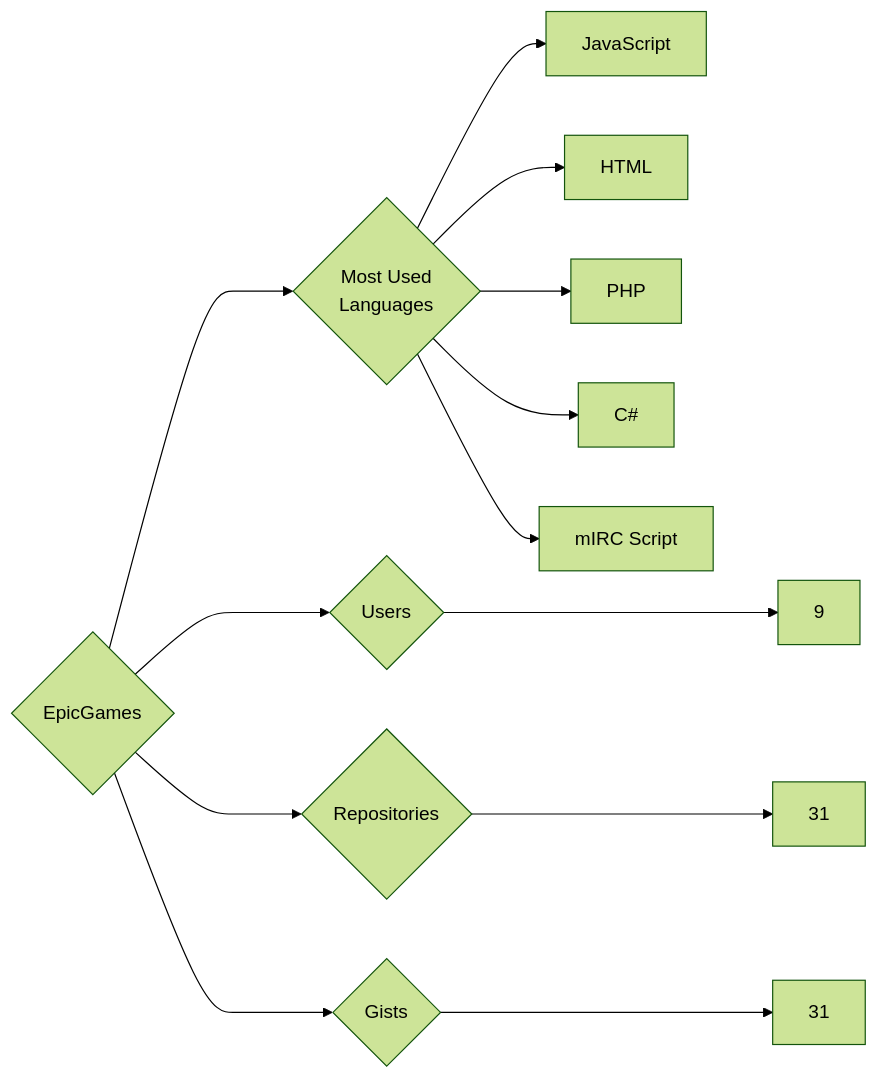
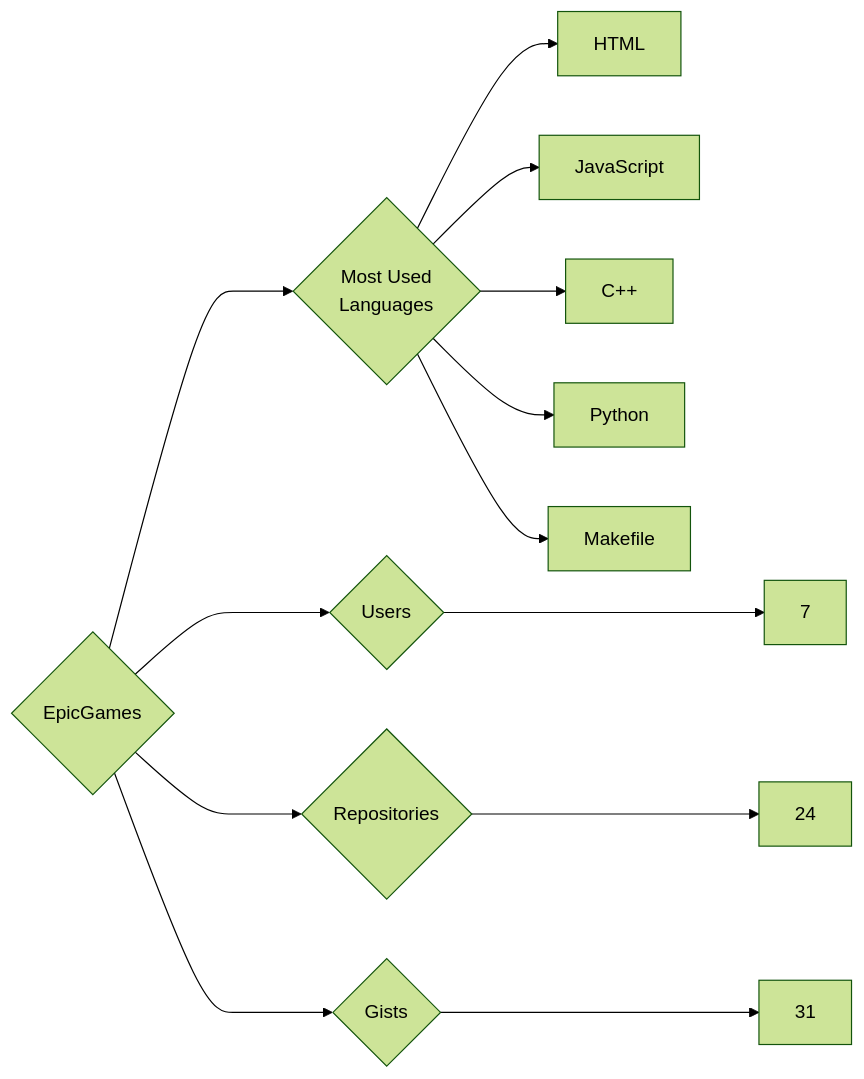
The diagram in targets/EpicGames/README.md (trickest/insiders), drawn with Mermaid (forest theme) before and after one commit. The commit also changed 1123 other files, not shown here.

````diff
--- a/targets/EpicGames/README.md
+++ b/targets/EpicGames/README.md
@@ -3,13 +3,13 @@
 ```mermaid
 graph LR
 COMPANY_NAME{EpicGames}
-COMPANY_NAME ---> U{Users} ---> UN[9]
-COMPANY_NAME ---> R{Repositories} ---> RN[31]
+COMPANY_NAME ---> U{Users} ---> UN[7]
+COMPANY_NAME ---> R{Repositories} ---> RN[24]
 COMPANY_NAME ---> G{Gists} ---> GN[31]
 COMPANY_NAME ---> ML{Most Used<br>Languages}
+ML --> HTML[HTML]
 ML --> JavaScript[JavaScript]
-ML --> HTML[HTML]
-ML --> PHP[PHP]
-ML --> C#[C#]
-ML --> mIRC_Script[mIRC Script]
+ML --> C++[C++]
+ML --> Python[Python]
+ML --> Makefile[Makefile]
 ```
````
